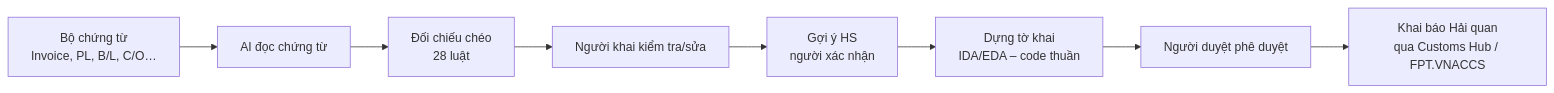
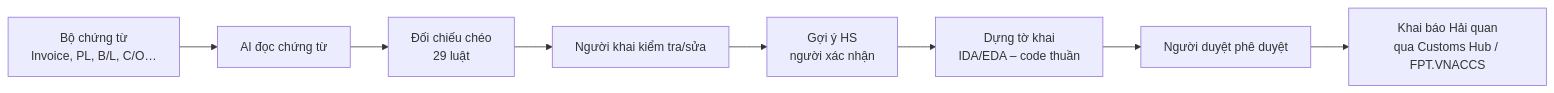
Before and after one commit to minhnhacmu2308/chung-tu-hq: the first of 8 diagrams in docs/QUY-TRINH-NGHIEP-VU.md, drawn with Mermaid. The commit also changed other lines of this file and 82 other files, not shown here.

````diff
--- a/docs/QUY-TRINH-NGHIEP-VU.md
+++ b/docs/QUY-TRINH-NGHIEP-VU.md
@@ -30,10 +30,10 @@
 ```mermaid
 flowchart LR
   A[Bộ chứng từ<br/>Invoice, PL, B/L, C/O…] --> B[AI đọc chứng từ]
-  B --> C[Đối chiếu chéo<br/>28 luật]
+  B --> C[Đối chiếu chéo<br/>29 luật]
   C --> D[Người khai kiểm tra/sửa]
   D --> E[Gợi ý HS<br/>người xác nhận]
   E --> F[Dựng tờ khai<br/>IDA/EDA – code thuần]
   F --> G[Người duyệt phê duyệt]
   G --> H[Khai báo Hải quan<br/>qua Customs Hub / FPT.VNACCS]
 ```
````
